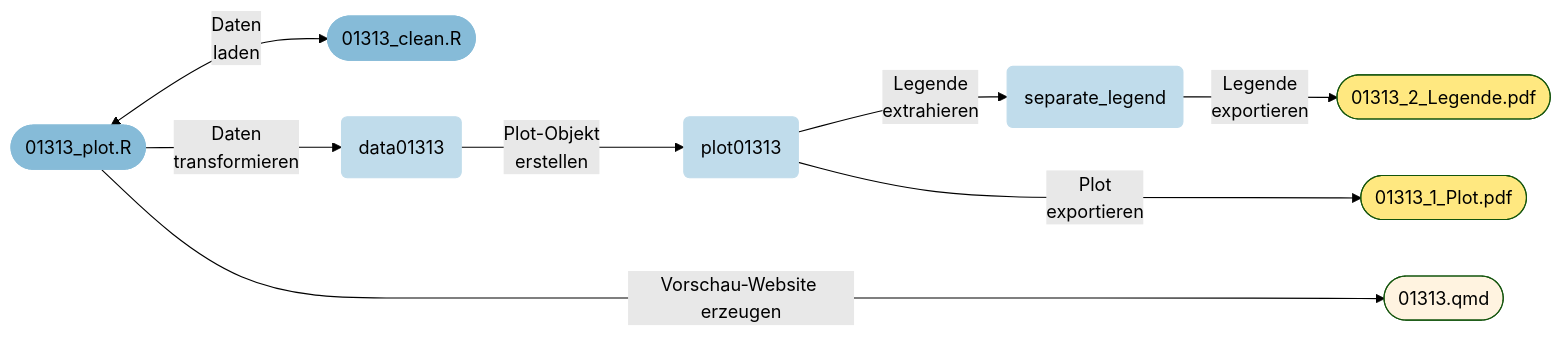
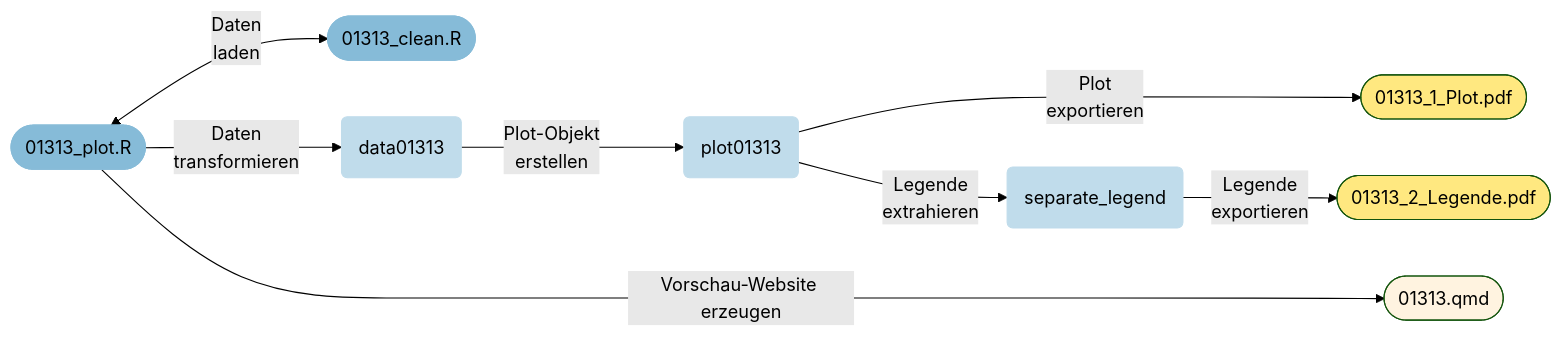
One commit to mtwente/stadt-geschichte-basel.github.io changed the third of 4 diagrams in products/research-data/plots/index.qmd. Above: the diagram before and after it, drawn with Mermaid (forest theme). The commit also changed other lines of this file, not shown here.

Commit message:
feat: move mermaid nodes around

````diff
--- a/products/research-data/plots/index.qmd
+++ b/products/research-data/plots/index.qmd
@@ -139,22 +139,22 @@
 ```{mermaid fig-plotting}
 %%| label: fig-plotting
 %%| fig-cap: Die Abbildung wird mit dem verarbeiteten Datensatz als PDF-Dateien gespeichert. Weiterhin wird mit Quarto eine Vorschau-Seite für die Projektdokumentation erzeugt.
 
 flowchart LR
         plot_script([01313_plot.R]) <--> |Daten<br>laden| clean_script([01313_clean.R])
         plot_script --> |Daten<br>transformieren| data01313(data01313)
         data01313 -->|Plot-Objekt<br>erstellen| plot01313(plot01313)
+        plot01313 --->|Plot<br>exportieren| export01313([01313_1_Plot.pdf])
         plot01313 -->|Legende<br>extrahieren| legend01313(separate_legend)
-        plot01313 --->|Plot<br>exportieren| export01313([01313_1_Plot.pdf])
         legend01313 -->|Legende<br>exportieren| exportlegend([01313_2_Legende.pdf])
         plot_script ----->|Vorschau-Website erzeugen| infopage([01313.qmd])
 
 style clean_script fill:#86bbd8,stroke:#86bbd8
 style plot_script fill:#86bbd8,stroke:#86bbd8
 style data01313 fill:#c0dceb,stroke:#c0dceb
 style plot01313 fill:#c0dceb,stroke:#c0dceb
 style legend01313 fill:#c0dceb,stroke:#c0dceb
 style export01313 fill:#ffe880
 style exportlegend fill:#ffe880
 style infopage fill:#fff3e0
 ```
````
